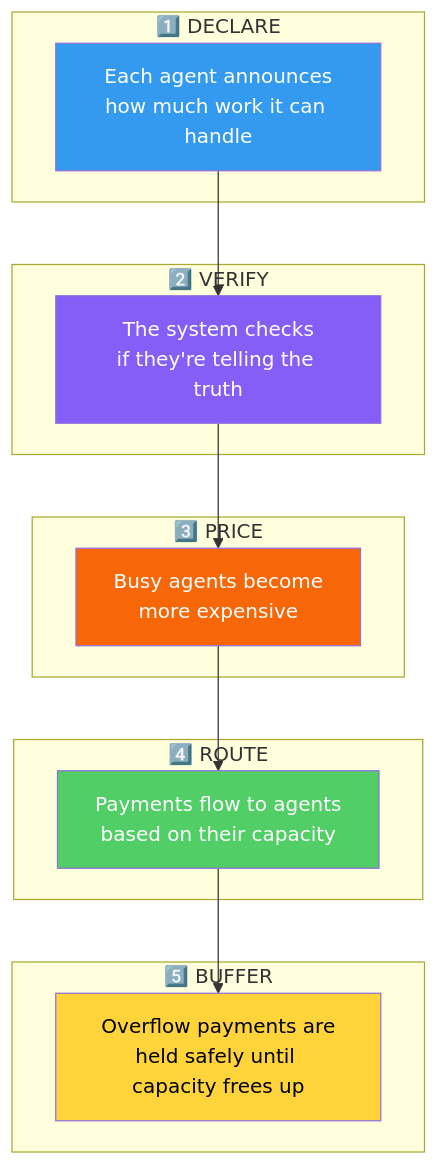
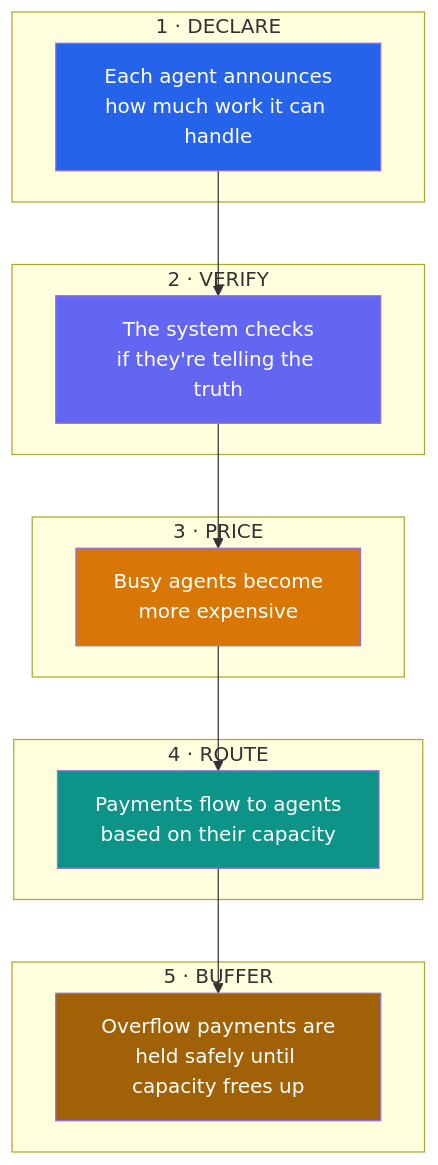
The third of 16 diagrams in website/explainer.md (backproto/backproto), drawn with Mermaid before and after one commit. The commit also changed other lines of this file and 7 other files, not shown here.

First line of the commit message:
refactor(explainer): modernize diagrams and polish text

````diff
--- a/website/explainer.md
+++ b/website/explainer.md
@@ -90,30 +90,30 @@
 ```mermaid
 graph TB
-    subgraph "1️⃣ DECLARE"
+    subgraph "1 · DECLARE"
         S1[Each agent announces<br/>how much work it can handle]
     end
 
-    subgraph "2️⃣ VERIFY"
+    subgraph "2 · VERIFY"
         S2[The system checks<br/>if they're telling the truth]
     end
 
-    subgraph "3️⃣ PRICE"
+    subgraph "3 · PRICE"
         S4[Busy agents become<br/>more expensive]
     end
 
-    subgraph "4️⃣ ROUTE"
+    subgraph "4 · ROUTE"
         S3[Payments flow to agents<br/>based on their capacity]
     end
 
-    subgraph "5️⃣ BUFFER"
+    subgraph "5 · BUFFER"
         S5[Overflow payments are<br/>held safely until capacity frees up]
     end
 
     S1 --> S2 --> S4 --> S3 --> S5
 
-    style S1 fill:#339af0,color:#fff
-    style S2 fill:#845ef7,color:#fff
-    style S4 fill:#f76707,color:#fff
-    style S3 fill:#51cf66,color:#fff
-    style S5 fill:#ffd43b,color:#000
+    style S1 fill:#2563eb,color:#fff
+    style S2 fill:#6366f1,color:#fff
+    style S4 fill:#d97706,color:#fff
+    style S3 fill:#0d9488,color:#fff
+    style S5 fill:#a16207,color:#fff
 ```
````
